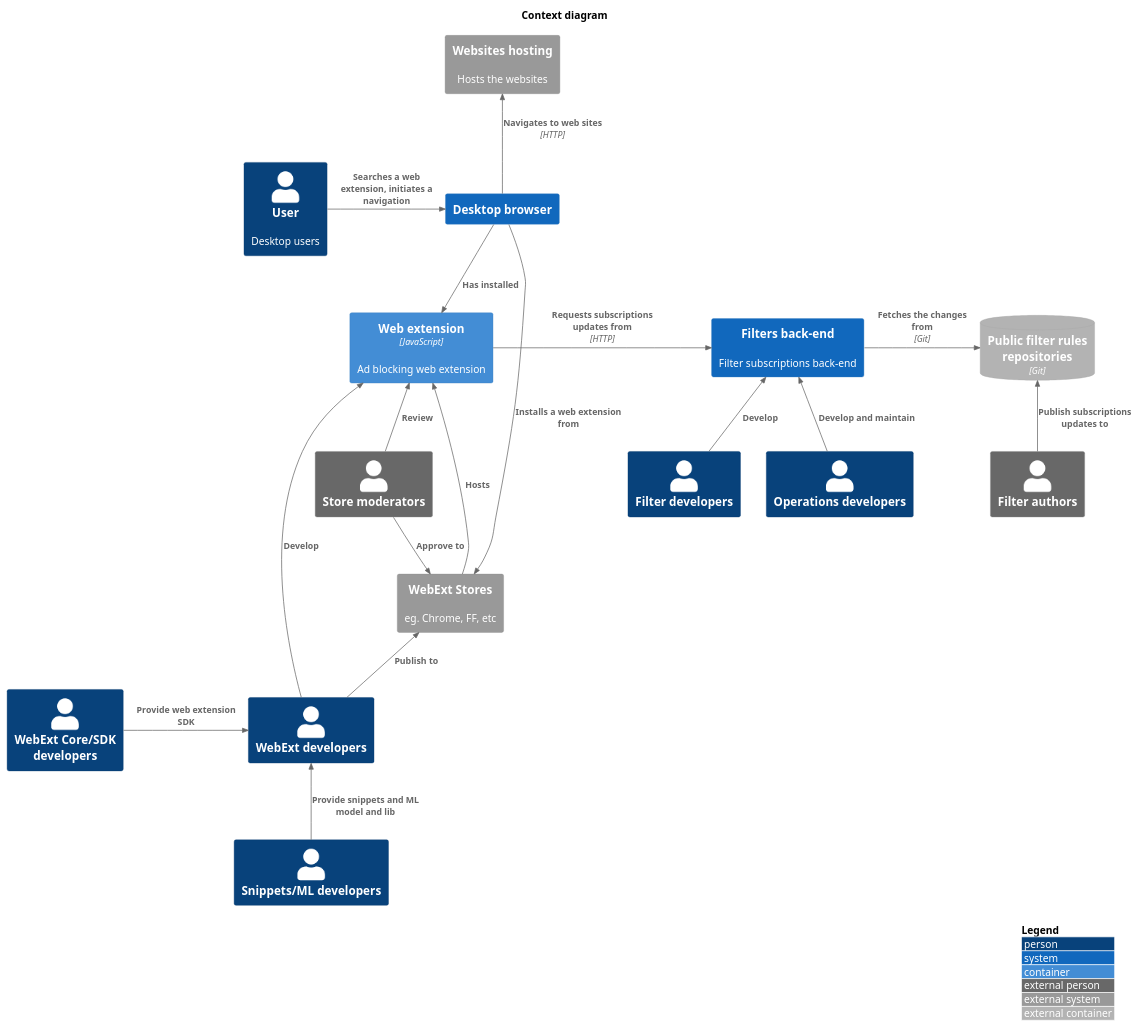
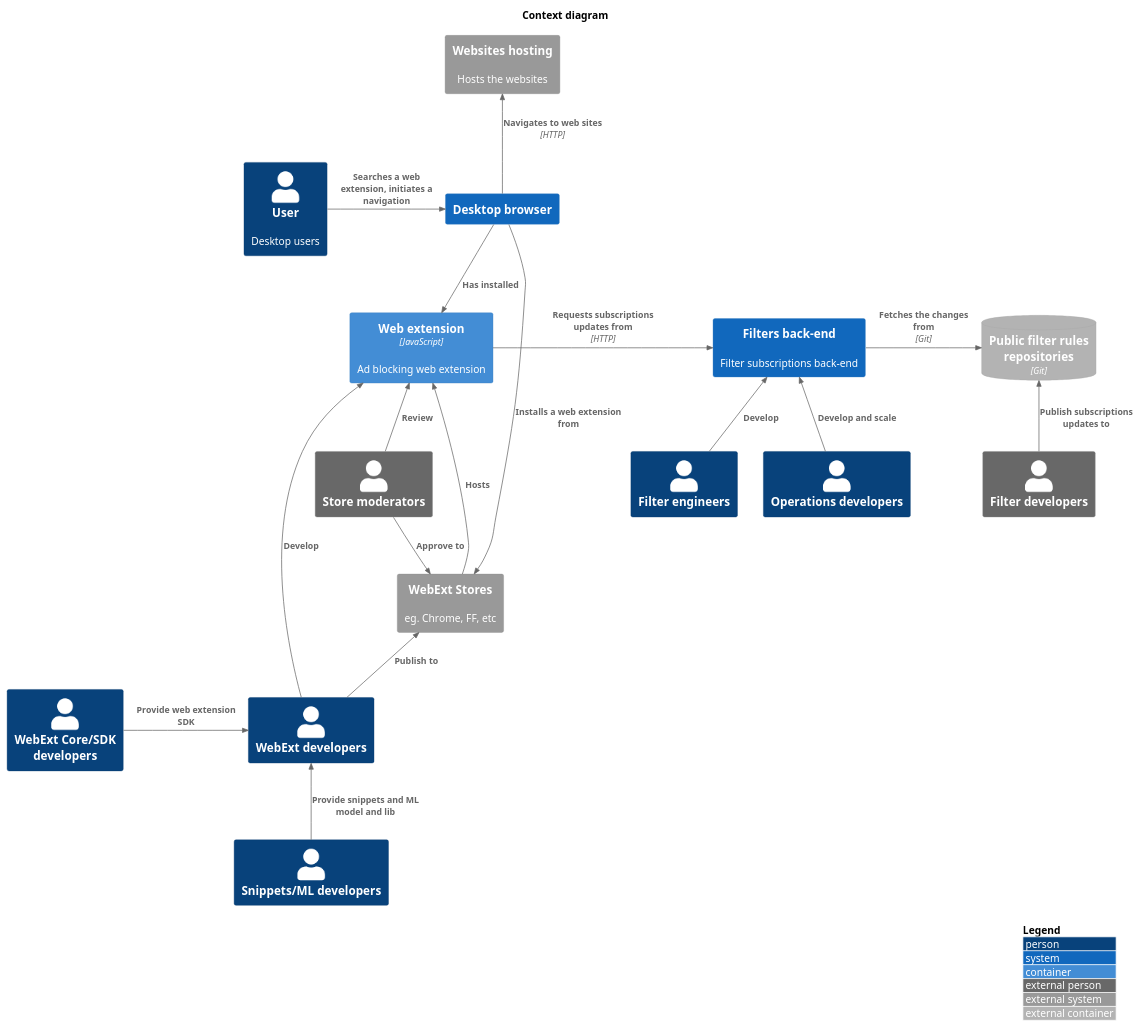
The diagram in context.puml (4ntoine/mv3_spec_c4), drawn with PlantUML before and after one commit. The commit also changed 2 other files, not shown here.

Commit message:
Update back-end related parts after the discussion with Timm.

```diff
--- a/context.puml
+++ b/context.puml
@@ -1,45 +1,45 @@
 @startuml
 !include https://raw.githubusercontent.com/plantuml-stdlib/C4-PlantUML/master/C4_Context.puml
 !include https://raw.githubusercontent.com/plantuml-stdlib/C4-PlantUML/master/C4_Container.puml
 
 LAYOUT_WITH_LEGEND()
 title Context diagram
 
 ' persons
 Person(user, "User", "Desktop users")
 Person(coreDevs, "WebExt Core/SDK developers")
 Person(webExtDevs, "WebExt developers")
 Person(snippetDevs, "Snippets/ML developers")
-Person(filterDevs, "Filter developers")
+Person(filterEngs, "Filter engineers")
 Person(ops, "Operations developers")
-Person_Ext(filterAuthors, "Filter authors")
+Person_Ext(filterDevs, "Filter developers")
 Person_Ext(storeModerators, "Store moderators")
 
 ' system itself
 System(browser, "Desktop browser")
 Container(webExt, "Web extension", "JavaScript", "Ad blocking web extension")
 System(backEnd, "Filters back-end", "Filter subscriptions back-end")
 
 ' ext systems
 System_Ext(webExtStore, "WebExt Stores", "eg. Chrome, FF, etc")
 System_Ext(websiteHosting, "Websites hosting", "Hosts the websites")
 ContainerDb_Ext(gitRepo, "Public filter rules repositories", "Git")
 
 ' relations
 Rel_R(user, browser, "Searches a web extension, initiates a navigation")
 Rel_U(browser, websiteHosting, "Navigates to web sites", "HTTP")
 Rel_R(coreDevs, webExtDevs, "Provide web extension SDK")
 Rel_U(snippetDevs, webExtDevs, "Provide snippets and ML model and lib")
 Rel_U(webExtDevs, webExtStore, "Publish to")
 Rel_R(webExtDevs, webExt, "Develop")
 Rel_D(browser, webExtStore, "Installs a web extension from")
 Rel_R(webExtStore, webExt, "Hosts")
 Rel_D(browser, webExt, "Has installed")
 Rel_U(storeModerators, webExt, "Review")
 Rel(storeModerators, webExtStore, "Approve to")
-Rel_U(filterDevs, backEnd, "Develop")
-Rel_U(ops, backEnd, "Develop and maintain")
-Rel_U(filterAuthors, gitRepo, "Publish subscriptions updates to")
+Rel_U(filterEngs, backEnd, "Develop")
+Rel_U(ops, backEnd, "Develop and scale")
+Rel_U(filterDevs, gitRepo, "Publish subscriptions updates to")
 Rel_R(webExt, backEnd, "Requests subscriptions updates from", "HTTP")
 Rel_R(backEnd, gitRepo, "Fetches the changes from", "Git")
 @enduml
```
